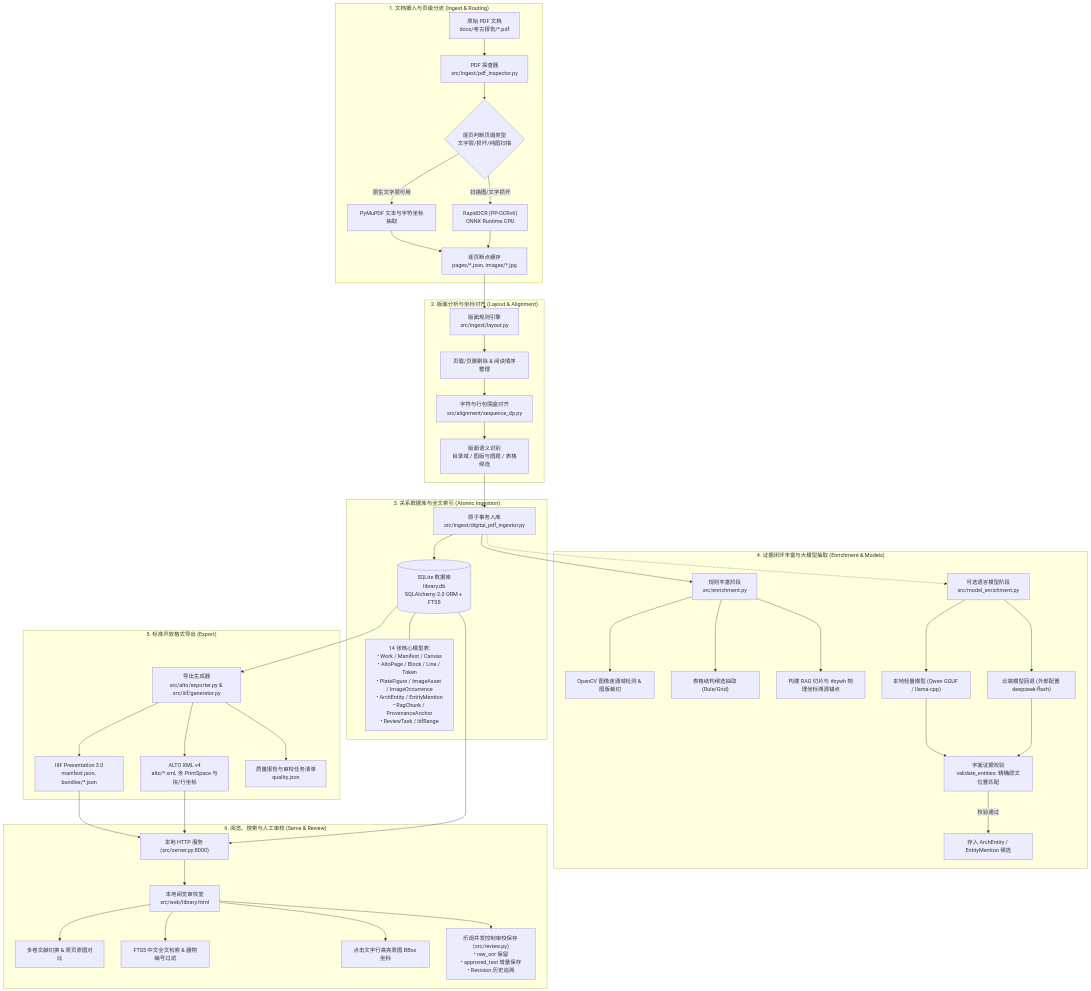
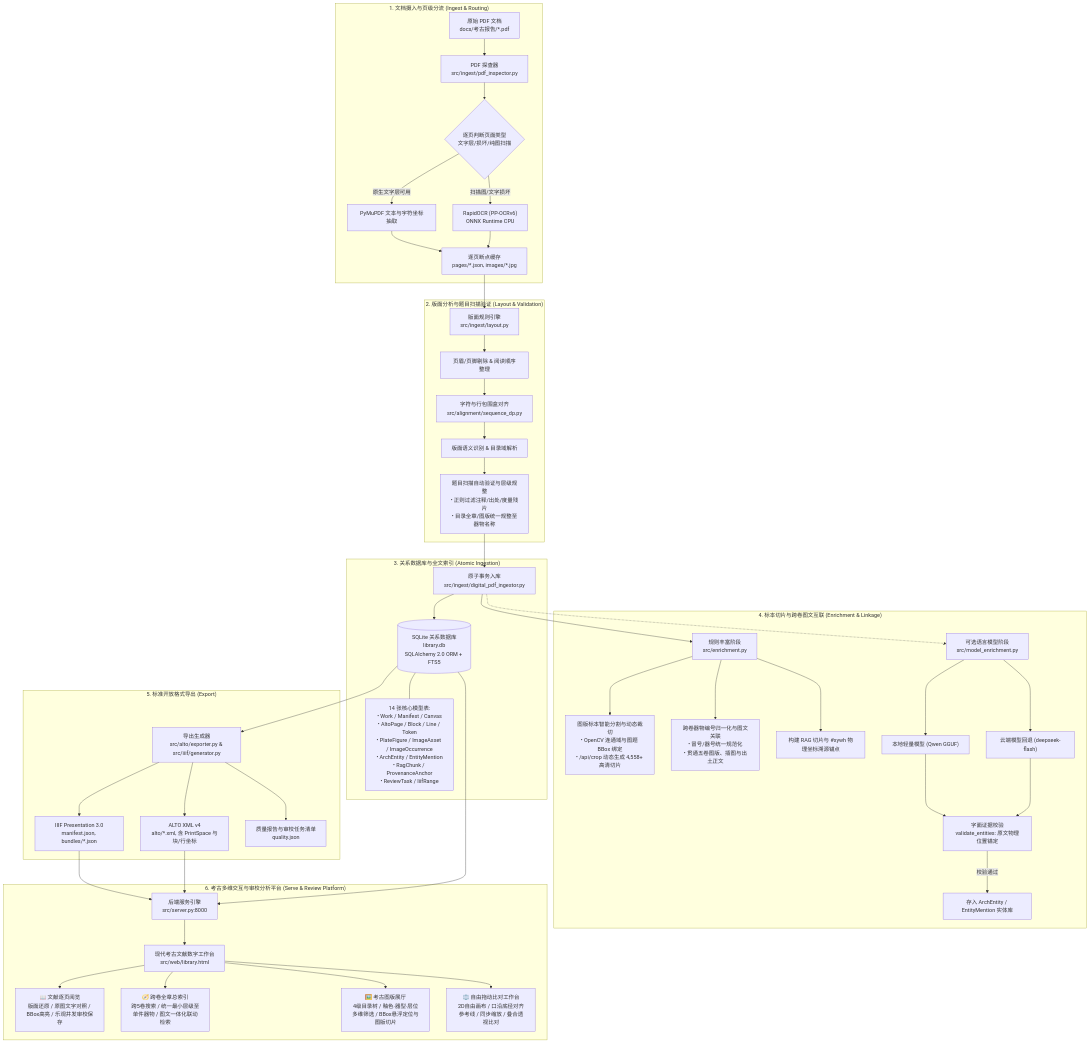
One commit to himentpear/PKU-LM-Humanities-Data-Lab changed the diagram in README.md. Above: the diagram before and after it, drawn with Mermaid. The commit also changed other lines of this file, not shown here.

Commit message:
docs: update workflow architecture diagram and core feature modules in README

````diff
--- a/README.md
+++ b/README.md
@@ -26,56 +26,57 @@
 ```mermaid
 flowchart TD
     subgraph S1["1. 文档摄入与页级分流 (Ingest & Routing)"]
         PDF["原始 PDF 文档<br/>docs/考古报告/*.pdf"] --> Inspect["PDF 探查器<br/>src/ingest/pdf_inspector.py"]
         Inspect --> Route{"逐页判断页面类型<br/>文字层/损坏/纯图扫描"}
         Route -->|"原生文字层可用"| PyMuPDF["PyMuPDF 文本与字符坐标抽取"]
         Route -->|"扫描图/文字损坏"| OCR["RapidOCR (PP-OCRv6)<br/>ONNX Runtime CPU"]
         PyMuPDF --> Checkpoint["逐页断点缓存<br/>pages/*.json, images/*.jpg"]
         OCR --> Checkpoint
     end
 
-    subgraph S2["2. 版面分析与坐标对齐 (Layout & Alignment)"]
+    subgraph S2["2. 版面分析与题目扫描验证 (Layout & Validation)"]
         Checkpoint --> Layout["版面规则引擎<br/>src/ingest/layout.py"]
         Layout --> Clean["页眉/页脚剔除 & 阅读顺序整理"]
         Clean --> Align["字符与行包围盒对齐<br/>src/alignment/sequence_dp.py"]
-        Align --> Structure["版面语义识别<br/>目录域 / 图版与图题 / 表格候选"]
+        Align --> Structure["版面语义识别 & 目录域解析"]
+        Structure --> TitleVal["题目扫描自动验证与层级规整<br/>• 正则过滤注释/出处/度量残片<br/>• 目录全章/图版统一规整至器物名称"]
     end
 
     subgraph S3["3. 关系数据库与全文索引 (Atomic Ingestion)"]
-        Structure --> IngestTx["原子事务入库<br/>src/ingest/digital_pdf_ingestor.py"]
-        IngestTx --> DB[("SQLite 数据库<br/>library.db<br/>SQLAlchemy 2.0 ORM + FTS5")]
+        TitleVal --> IngestTx["原子事务入库<br/>src/ingest/digital_pdf_ingestor.py"]
+        IngestTx --> DB[("SQLite 关系数据库<br/>library.db<br/>SQLAlchemy 2.0 ORM + FTS5")]
         DB --- Tables["14 张核心模型表:<br/>• Work / Manifest / Canvas<br/>• AltoPage / Block / Line / Token<br/>• PlateFigure / ImageAsset / ImageOccurrence<br/>• ArchEntity / EntityMention<br/>• RagChunk / ProvenanceAnchor<br/>• ReviewTask / IiifRange"]
     end
 
-    subgraph S4["4. 证据闭环丰富与大模型抽取 (Enrichment & Models)"]
+    subgraph S4["4. 标本切片与跨卷图文互联 (Enrichment & Linkage)"]
         IngestTx --> EnrichRule["规则丰富阶段<br/>src/enrichment.py"]
-        EnrichRule --> GraphicCrop["OpenCV 图像连通域检测 & 图版裁切"]
-        EnrichRule --> TableParse["表格结构候选抽取 (Rule/Grid)"]
+        EnrichRule --> BBoxCrop["图版标本智能分割与动态裁切<br/>• OpenCV 连通域与图题 BBox 绑定<br/>• /api/crop 动态生成 4,558+ 高清切片"]
+        EnrichRule --> CrossLink["跨卷器物编号归一化与图文关联<br/>• 冒号/器号统一规范化<br/>• 贯通五卷图版、插图与出土正文"]
         EnrichRule --> RAGChunk["构建 RAG 切片与 #xywh 物理坐标溯源锚点"]
 
         IngestTx -.-> ModelOpt["可选语言模型阶段<br/>src/model_enrichment.py"]
-        ModelOpt --> LocalLLM["本地轻量模型 (Qwen GGUF / llama-cpp)"]
-        ModelOpt --> CloudAPI["云端模型回退 (外部配置 deepseek-flash)"]
-        LocalLLM --> SourceVerify["字面证据校验<br/>validate_entities: 精确原文位置匹配"]
+        ModelOpt --> LocalLLM["本地轻量模型 (Qwen GGUF)"]
+        ModelOpt --> CloudAPI["云端模型回退 (deepseek-flash)"]
+        LocalLLM --> SourceVerify["字面证据校验<br/>validate_entities: 原文物理位置锚定"]
         CloudAPI --> SourceVerify
-        SourceVerify -->|"校验通过"| EntityCand["存入 ArchEntity / EntityMention 候选"]
+        SourceVerify -->|"校验通过"| EntityCand["存入 ArchEntity / EntityMention 实体库"]
     end
 
     subgraph S5["5. 标准开放格式导出 (Export)"]
         DB --> Exporter["导出生成器<br/>src/alto/exporter.py & src/iiif/generator.py"]
         Exporter --> IIIF["IIIF Presentation 3.0<br/>manifest.json, bundles/*.json"]
         Exporter --> ALTO["ALTO XML v4<br/>alto/*.xml, 含 PrintSpace 与块/行坐标"]
         Exporter --> QualityRep["质量报告与审校任务清单<br/>quality.json"]
     end
 
-    subgraph S6["6. 阅览、搜索与人工审校 (Serve & Review)"]
-        IIIF --> Server["本地 HTTP 服务 (src/server.py:8000)"]
+    subgraph S6["6. 考古多维交互与审校分析平台 (Serve & Review Platform)"]
+        IIIF --> Server["后端服务引擎<br/>src/server.py:8000"]
         ALTO --> Server
         DB --> Server
-        Server --> WebUI["本地阅览审校室<br/>src/web/library.html"]
-        WebUI --> Action1["多卷文献切换 & 原页原图对比"]
-        WebUI --> Action2["FTS5 中文全文检索 & 器物编号过滤"]
-        WebUI --> Action3["点击文字行高亮原图 BBox 坐标"]
-        WebUI --> Action4["乐观并发控制审校保存 (src/review.py)<br/>• raw_ocr 保留<br/>• approved_text 增量保存<br/>• Revision 历史追溯"]
+        Server --> WebUI["现代考古文献数字工作台<br/>src/web/library.html"]
+        WebUI --> M1["📖 文献逐页阅览<br/>版面还原 / 原图文字对照 / BBox高亮 / 乐观并发审校保存"]
+        WebUI --> M2["🧭 跨卷全章总索引<br/>跨5卷搜索 / 统一最小层级至单件器物 / 图文一体化联动检索"]
+        WebUI --> M3["🖼️ 考古图版展厅<br/>4级目录树 / 釉色·器型·层位多维筛选 / BBox悬浮定位与图版切片"]
+        WebUI --> M4["⚖️ 自由拖动比对工作台<br/>2D自由画布 / 口沿底径对齐参考线 / 同步缩放 / 叠合透视比对"]
     end
 ```
````
